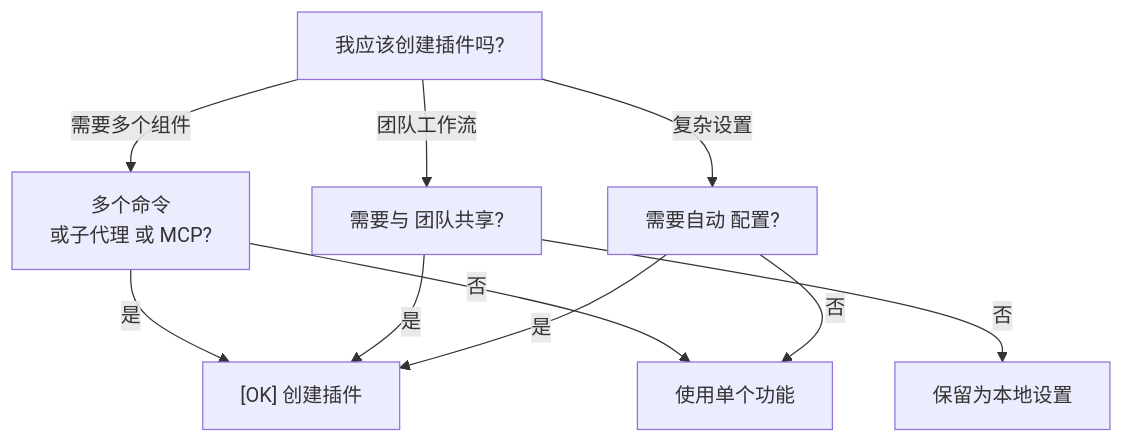
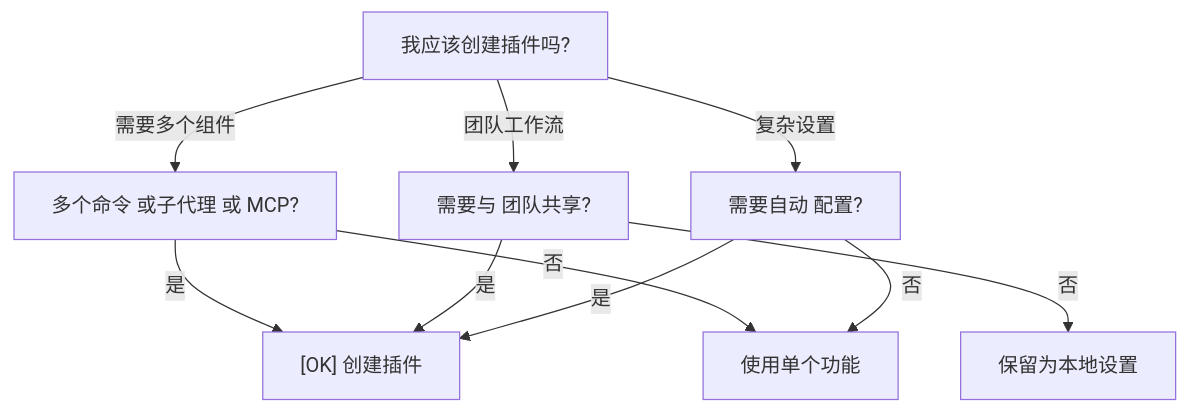
Diagram 26 of 31 in claude_concepts_guide.md (Rx782-Fss/claude-howto-zh), drawn with Mermaid before and after one commit. The commit also changed other lines of this file and 6 other files, not shown here.

Commit message:
fix: 清除 Mermaid 内所有全角标点/emoji/<br/> (最终修复)

````diff
--- a/claude_concepts_guide.md
+++ b/claude_concepts_guide.md
@@ -2483,13 +2483,13 @@
 ```mermaid
 graph TD
     A["我应该创建插件吗?"]
-    A -->|需要多个组件| B["多个命令<br/>或子代理 或 MCP?"]
+    A -->|需要多个组件| B["多个命令 或子代理 或 MCP?"]
     B -->|是| C["[OK] 创建插件"]
     B -->|否| D["使用单个功能"]
     A -->|团队工作流| E["需要与 团队共享?"]
     E -->|是| C
     E -->|否| F["保留为本地设置"]
     A -->|复杂设置| G["需要自动 配置?"]
     G -->|是| C
     G -->|否| D
 ```
````
